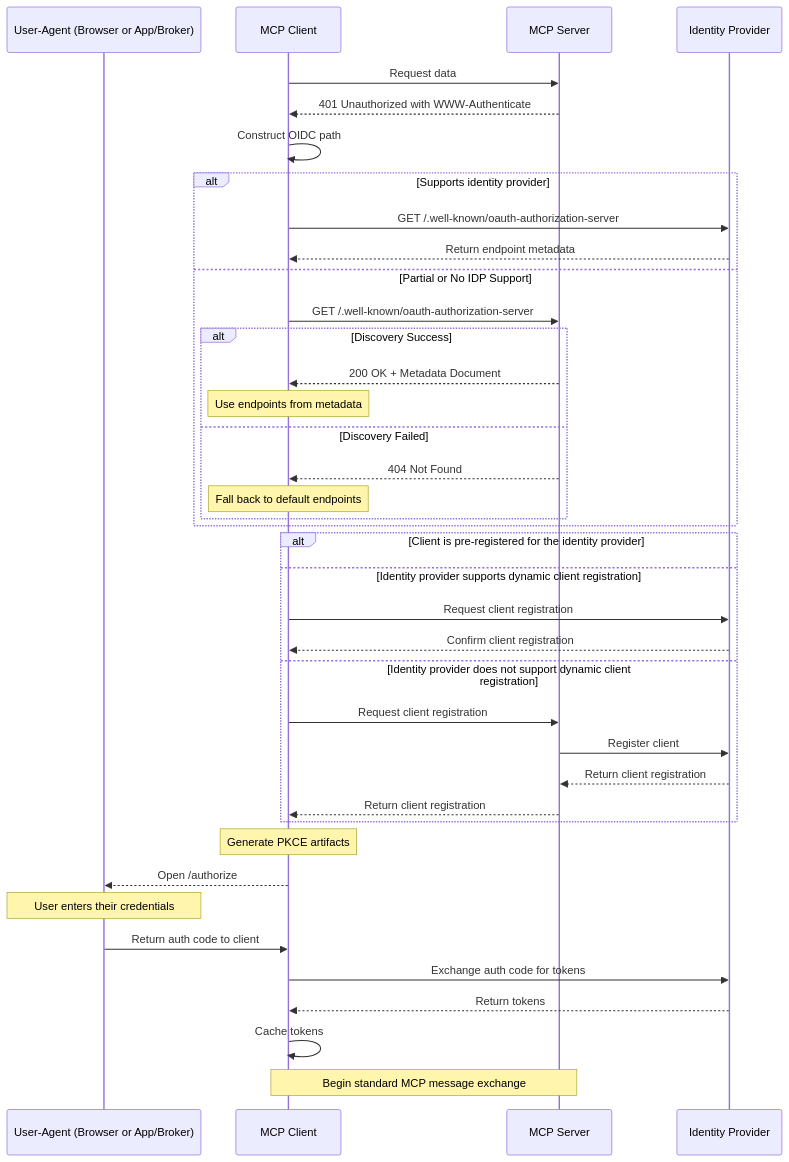
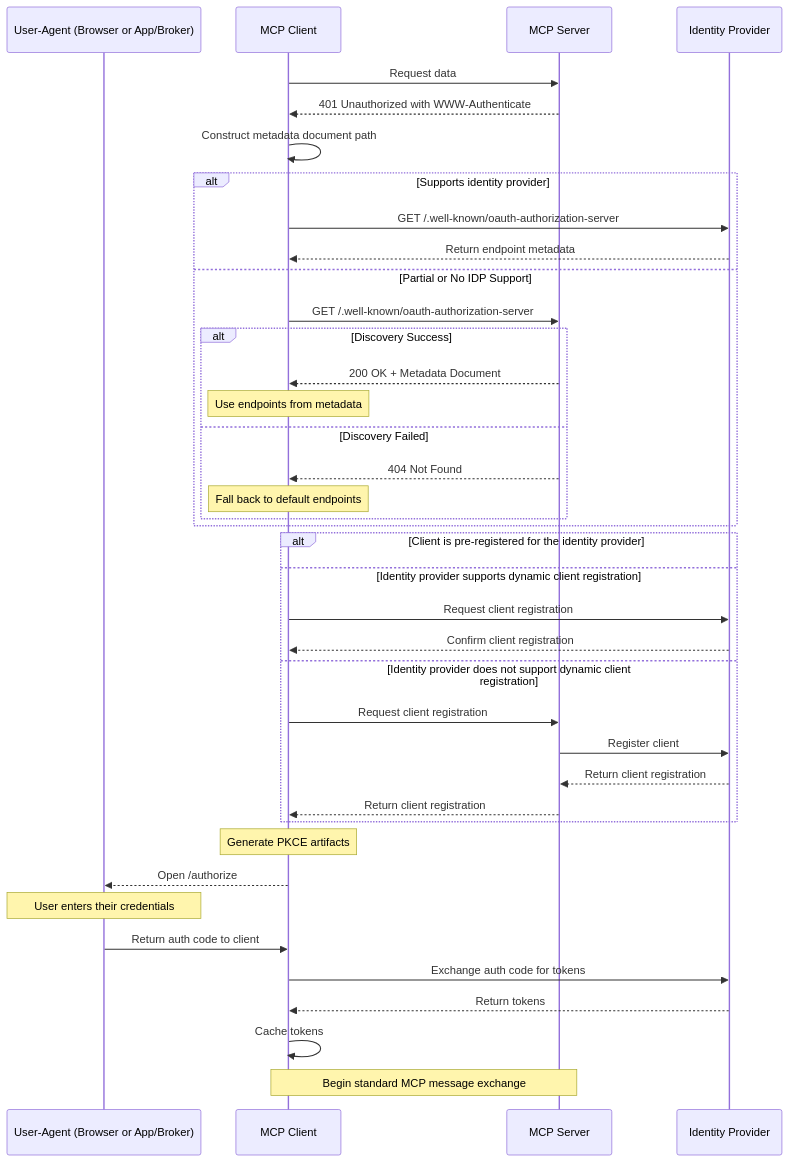
Before and after one commit to pcarleton/specification: the fourth of 5 diagrams in docs/specification/2025-03-26/basic/authorization.md, drawn with Mermaid.

````diff
--- a/docs/specification/2025-03-26/basic/authorization.md
+++ b/docs/specification/2025-03-26/basic/authorization.md
@@ -340,45 +340,45 @@
 ```mermaid
 sequenceDiagram
     participant UA as User-Agent (Browser or App/Broker)
     participant MC as MCP Client
     participant MS as MCP Server
     participant IDP as Identity Provider
 
     MC->>MS: Request data
     MS-->>MC: 401 Unauthorized with WWW-Authenticate
-    MC->>MC: Construct OIDC path
+    MC->>MC: Construct metadata document path
 
     alt Supports identity provider
         MC->>IDP: GET /.well-known/oauth-authorization-server
         IDP-->>MC: Return endpoint metadata
     else Partial or No IDP Support
         MC->>MS: GET /.well-known/oauth-authorization-server
         alt Discovery Success
             MS-->>MC: 200 OK + Metadata Document
             Note over MC: Use endpoints from metadata
         else Discovery Failed
             MS-->>MC: 404 Not Found
             Note over MC: Fall back to default endpoints
         end
     end
 
     alt Client is pre-registered for the identity provider
     else Identity provider supports dynamic client registration
         MC->>IDP: Request client registration
         IDP-->>MC: Confirm client registration
     else Identity provider does not support dynamic client registration
         MC->>MS: Request client registration
         MS->>IDP: Register client
         IDP-->>MS: Return client registration
         MS-->>MC: Return client registration
     end
 
     Note over MC: Generate PKCE artifacts
     MC-->>UA: Open /authorize
     Note over UA: User enters their credentials
     UA->>MC: Return auth code to client
     MC->>IDP: Exchange auth code for tokens
     IDP-->>MC: Return tokens
     MC->>MC: Cache tokens
     Note over MC, MS: Begin standard MCP message exchange
 ```
````
